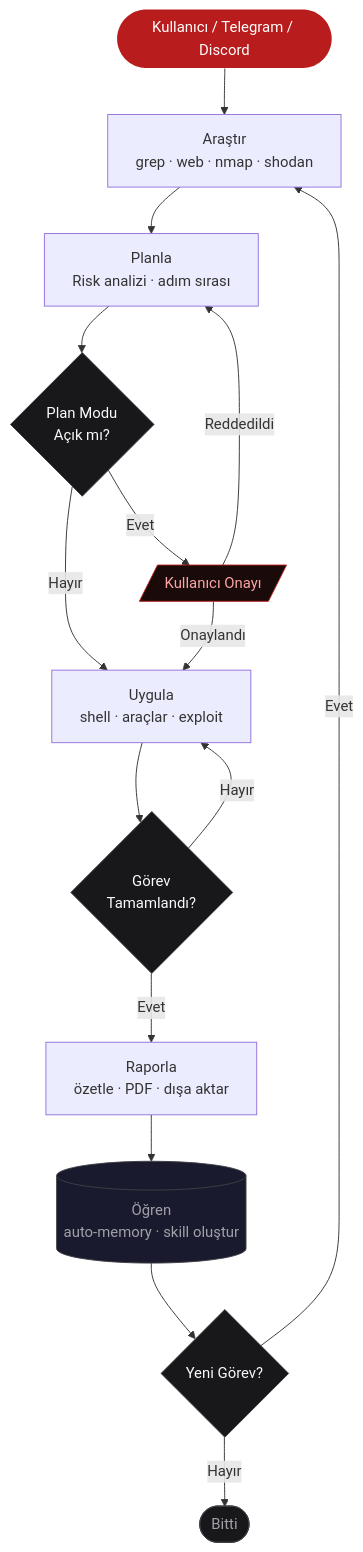
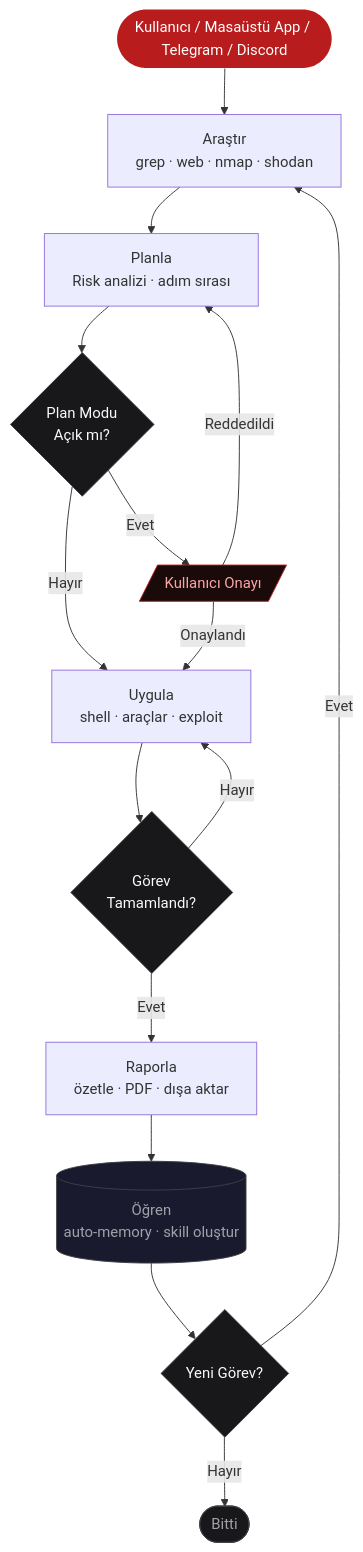
One commit to MustafaKemal0146/fetih changed the diagram in README.md. Above: the diagram before and after it, drawn with Mermaid. The commit also changed other lines of this file, not shown here.

````diff
--- a/README.md
+++ b/README.md
@@ -41,25 +50,25 @@
 ```mermaid
 flowchart TD
-    A([Kullanıcı / Telegram / Discord]) --> B[Araştır\ngrep · web · nmap · shodan]
+    A([Kullanıcı / Masaüstü App / Telegram / Discord]) --> B[Araştır\ngrep · web · nmap · shodan]
     B --> C[Planla\nRisk analizi · adım sırası]
     C --> D{Plan Modu\nAçık mı?}
     D -- Evet --> E[/Kullanıcı Onayı/]
     D -- Hayır --> F
     E -- Onaylandı --> F[Uygula\nshell · araçlar · exploit]
     E -- Reddedildi --> C
     F --> G{Görev\nTamamlandı?}
     G -- Hayır --> F
     G -- Evet --> H[Raporla\nözetle · PDF · dışa aktar]
     H --> I[(Öğren\nauto-memory · skill oluştur)]
     I --> J{Yeni Görev?}
     J -- Evet --> B
     J -- Hayır --> K([Bitti])
 
     style A fill:#b91c1c,color:#fff,stroke:none
     style I fill:#1a1a2e,color:#a1a1aa,stroke:#3f3f46
     style K fill:#18181b,color:#a1a1aa,stroke:#3f3f46
     style D fill:#18181b,color:#fafafa,stroke:#3f3f46
     style G fill:#18181b,color:#fafafa,stroke:#3f3f46
     style J fill:#18181b,color:#fafafa,stroke:#3f3f46
     style E fill:#1a0a0a,color:#fca5a5,stroke:#b91c1c
 ```
````
